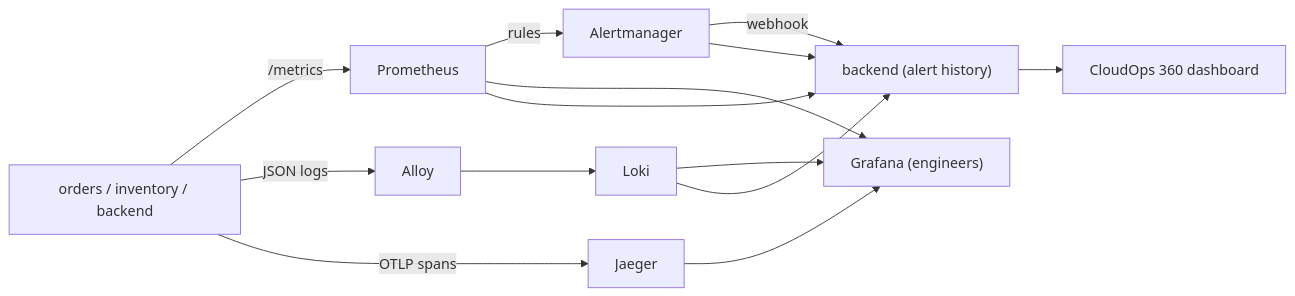
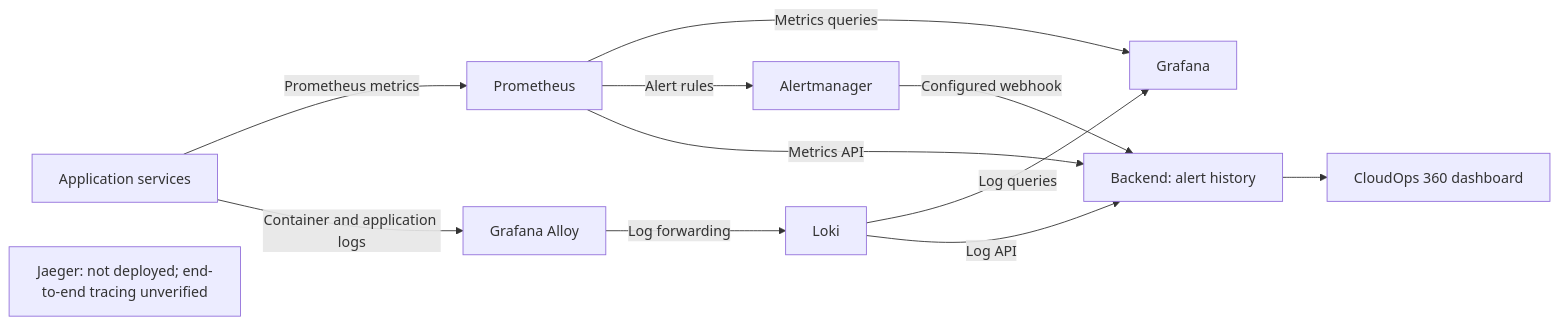
Before and after one commit to kantamnenimanusha/cloudops-360: the third of 4 diagrams in docs/architecture.md, drawn with Mermaid. The commit also changed other lines of this file and 49 other files, not shown here.

````diff
--- a/docs/architecture.md
+++ b/docs/architecture.md
@@ -63,9 +89,17 @@
 ```mermaid
 flowchart LR
-    APPS["orders / inventory / backend"] -->|"/metrics"| PROM["Prometheus"]
-    APPS -->|"JSON logs"| ALLOY["Alloy"] --> LOKI["Loki"]
-    APPS -->|"OTLP spans"| JAEG["Jaeger"]
-    PROM -->|rules| AM["Alertmanager"] -->|webhook| BE["backend (alert history)"]
-    PROM & LOKI & JAEG --> GRAF["Grafana (engineers)"]
-    PROM & LOKI & AM --> BE --> UI["CloudOps 360 dashboard"]
+    APPS["Application services"] -->|Prometheus metrics| PROM["Prometheus"]
+    APPS -->|Container and application logs| ALLOY["Grafana Alloy"]
+    ALLOY -->|Log forwarding| LOKI["Loki"]
+
+    PROM -->|Metrics queries| GRAF["Grafana"]
+    LOKI -->|Log queries| GRAF
+
+    PROM -->|Alert rules| AM["Alertmanager"]
+    AM -->|Configured webhook| BE["Backend: alert history"]
+    PROM -->|Metrics API| BE
+    LOKI -->|Log API| BE
+    BE --> UI["CloudOps 360 dashboard"]
+
+    JAEG["Jaeger: not deployed; end-to-end tracing unverified"]
 ```
````
